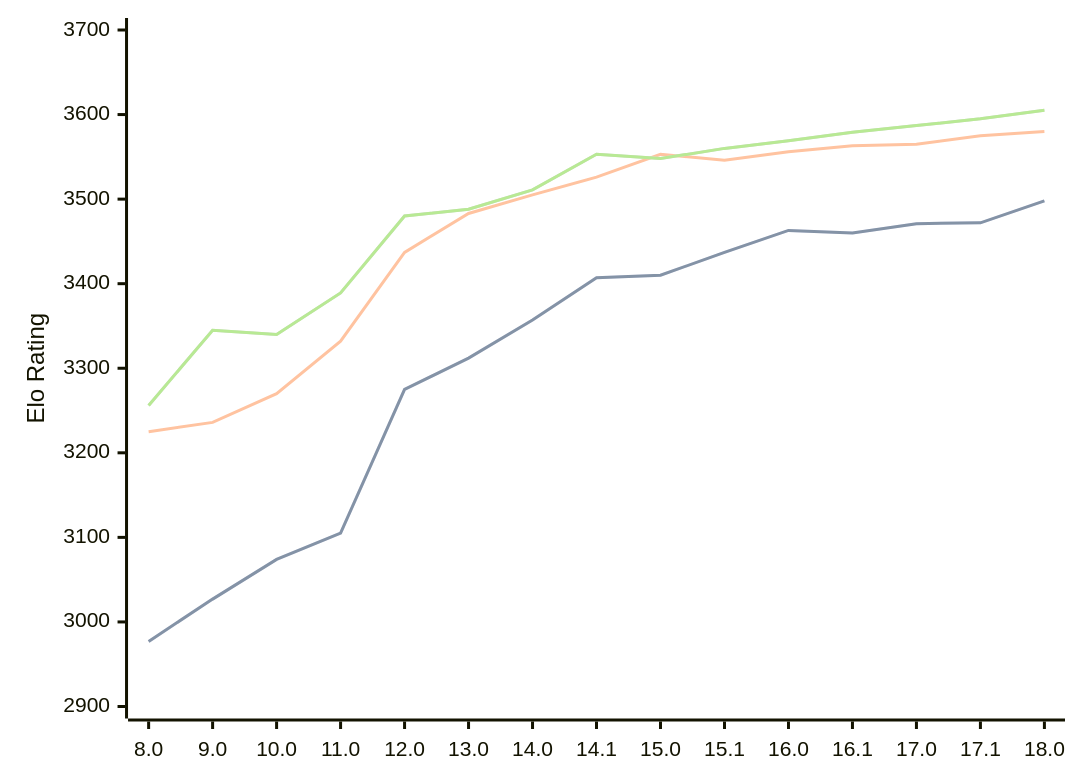
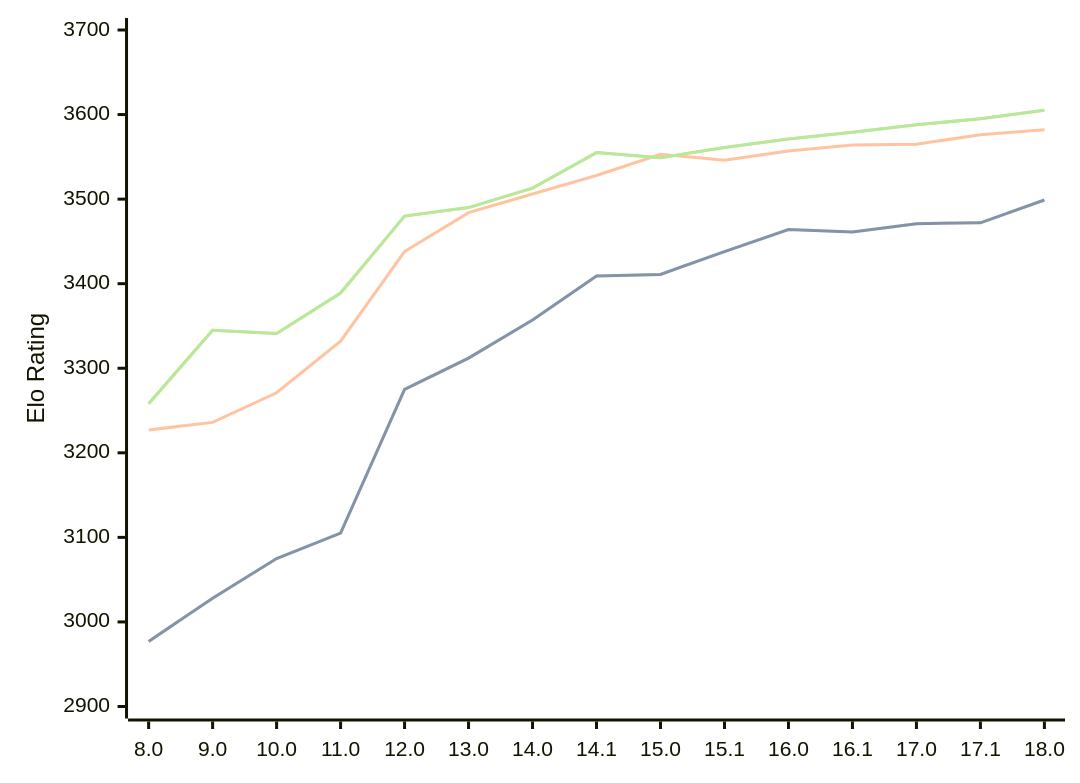
The diagram in engines/Stockfish.md (computer-chess-index/cci), drawn with Mermaid before and after one commit. The commit also changed other lines of this file, not shown here.

Commit message:
Update CCI Ratings (ELO VLTC) - 2026-07-25

````diff
--- a/engines/Stockfish.md
+++ b/engines/Stockfish.md
@@ -46,11 +46,11 @@
 ```mermaid
 %%{init: {"theme":"base","themeVariables":{"seriesColors:['#a3a3a3','#222221','#faa371']}}}%%
 xychart-beta
   x-axis ["8.0", "9.0", "10.0", "11.0", "12.0", "13.0", "14.0", "14.1", "15.0", "15.1", "16.0", "16.1", "17.0", "17.1", "18.0"]
   y-axis "Elo Rating" 2900 --> 3700
-  line "STC (8.0+0.08s)" [2977, 3027, 3074, 3105, 3275, 3312, 3357, 3407, 3410, 3437, 3463, 3460, 3471, 3472, 3498]
-  line "STC (8.0+0.08s)" [2977, 3027, 3074, 3105, 3275, 3312, 3357, 3407, 3410, 3437, 3463, 3460, 3471, 3472, 3498]
-  line "LTC (60.0+0.60s)" [3225, 3236, 3270, 3332, 3437, 3483, 3505, 3526, 3553, 3546, 3556, 3563, 3565, 3575, 3580]
-  line "VLTC (2m24s+1.12s)" [3256, 3345, 3340, 3389, 3480, 3488, 3511, 3553, 3548, 3560, 3569, 3579, 3587, 3595, 3605]
-  line "VLTC (2m24s+1.12s)" [3256, 3345, 3340, 3389, 3480, 3488, 3511, 3553, 3548, 3560, 3569, 3579, 3587, 3595, 3605]
+  line "STC (8.0+0.08s)" [2977, 3028, 3075, 3105, 3275, 3312, 3357, 3409, 3411, 3438, 3464, 3461, 3471, 3472, 3499]
+  line "STC (8.0+0.08s)" [2977, 3028, 3075, 3105, 3275, 3312, 3357, 3409, 3411, 3438, 3464, 3461, 3471, 3472, 3499]
+  line "LTC (60.0+0.60s)" [3227, 3236, 3271, 3332, 3438, 3484, 3506, 3528, 3553, 3546, 3557, 3564, 3565, 3576, 3582]
+  line "VLTC (2m24s+1.12s)" [3258, 3345, 3341, 3389, 3480, 3490, 3513, 3555, 3549, 3561, 3571, 3579, 3588, 3595, 3605]
+  line "VLTC (2m24s+1.12s)" [3258, 3345, 3341, 3389, 3480, 3490, 3513, 3555, 3549, 3561, 3571, 3579, 3588, 3595, 3605]
 ```
````
